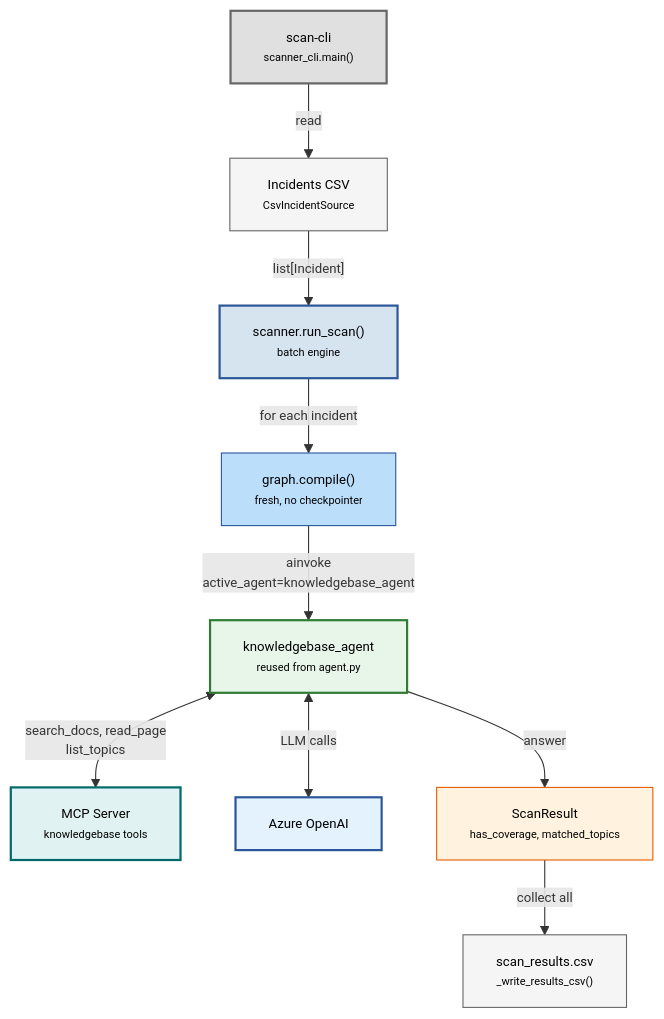
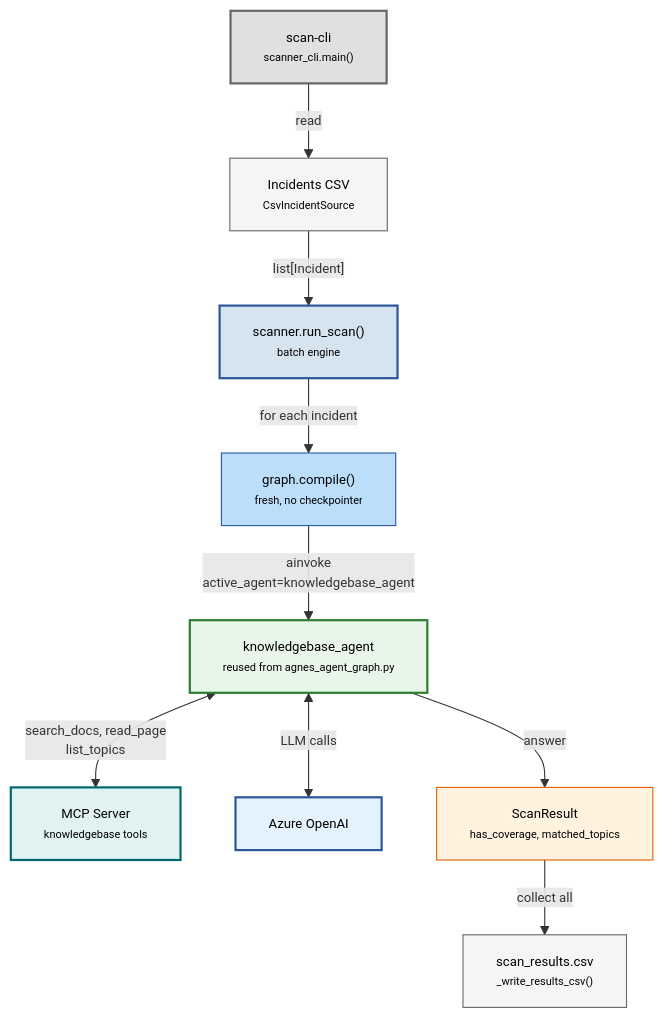
The fourth of 4 diagrams in docs/architecture.md (vsrajan/AgenticAI), drawn with Mermaid before and after one commit. The commit also changed other lines of this file and 18 other files, not shown here.

````diff
--- a/docs/architecture.md
+++ b/docs/architecture.md
@@ -240,29 +240,29 @@
 ```mermaid
 %%{init: {'theme': 'default', 'themeVariables': {'fontSize': '12px', 'background': '#ffffff'}, 'flowchart': {'useMaxWidth': false}}}%%
 graph TD
     CLI["scan-cli<br/><small>scanner_cli.main()</small>"]
     CSV_IN["Incidents CSV<br/><small>CsvIncidentSource</small>"]
     SCAN["scanner.run_scan()<br/><small>batch engine</small>"]
 
     CLI -->|"read"| CSV_IN
     CSV_IN -->|"list[Incident]"| SCAN
 
     SCAN -->|"for each incident"| COMPILE["graph.compile()<br/><small>fresh, no checkpointer</small>"]
-    COMPILE -->|"ainvoke<br/>active_agent=knowledgebase_agent"| KB["knowledgebase_agent<br/><small>reused from agent.py</small>"]
+    COMPILE -->|"ainvoke<br/>active_agent=knowledgebase_agent"| KB["knowledgebase_agent<br/><small>reused from agnes_agent_graph.py</small>"]
 
     KB <-->|"search_docs, read_page<br/>list_topics"| MCP["MCP Server<br/><small>knowledgebase tools</small>"]
     KB <-->|"LLM calls"| LLM["Azure OpenAI"]
 
     KB -->|"answer"| RESULT["ScanResult<br/><small>has_coverage, matched_topics</small>"]
     RESULT -->|"collect all"| CSV_OUT["scan_results.csv<br/><small>_write_results_csv()</small>"]
 
     style CLI fill:#e0e0e0,stroke:#666,stroke-width:2px,color:#000
     style CSV_IN fill:#f5f5f5,stroke:#666,stroke-width:1px,color:#000
     style SCAN fill:#d6e4f0,stroke:#2b579a,stroke-width:2px,color:#000
     style COMPILE fill:#bbdefb,stroke:#2b579a,stroke-width:1px,color:#000
     style KB fill:#e8f5e9,stroke:#2e7d32,stroke-width:2px,color:#000
     style MCP fill:#e0f2f1,stroke:#00696b,stroke-width:2px,color:#000
     style LLM fill:#e3f2fd,stroke:#2b579a,stroke-width:2px,color:#000
     style RESULT fill:#fff3e0,stroke:#e65c00,stroke-width:1px,color:#000
     style CSV_OUT fill:#f5f5f5,stroke:#666,stroke-width:1px,color:#000
 ```
````
